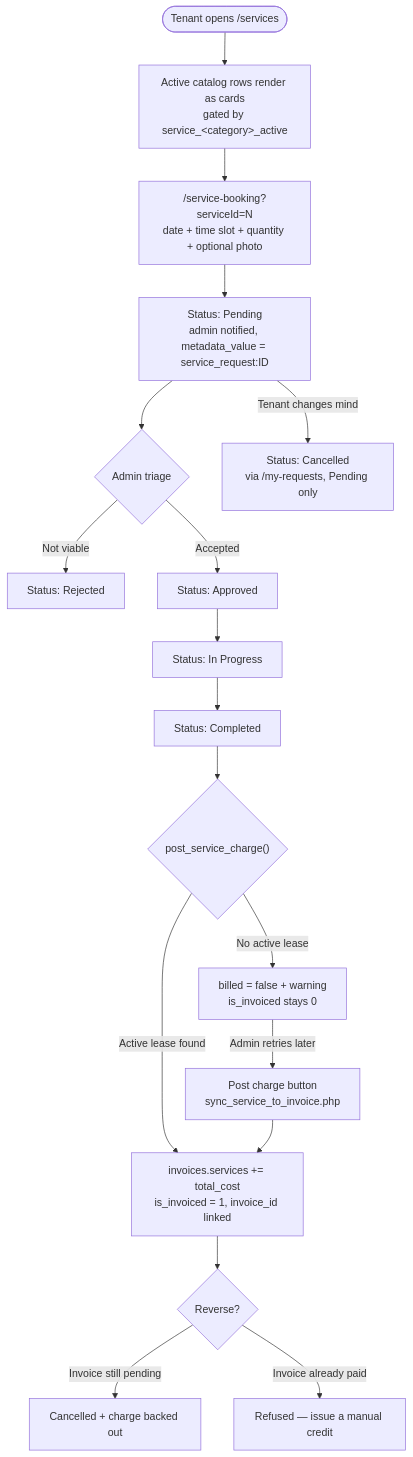
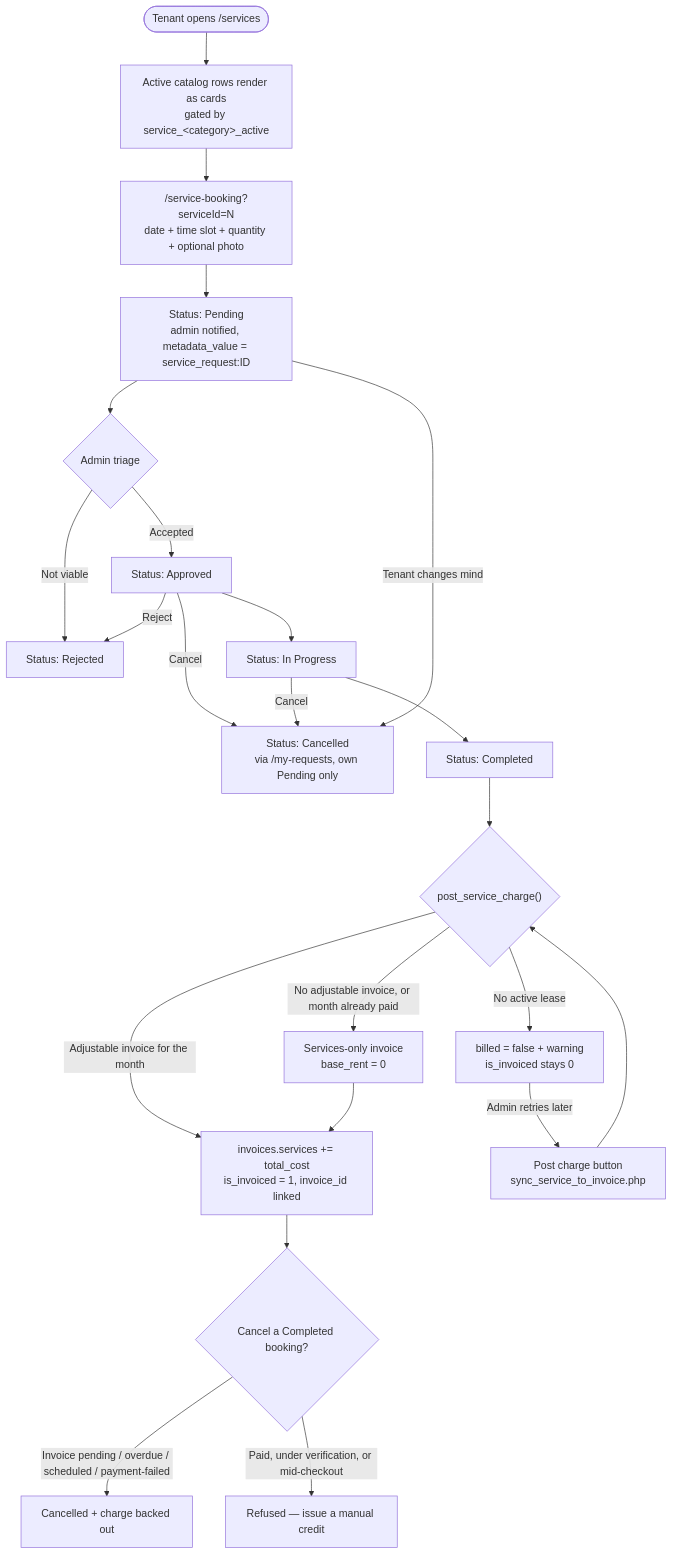
Before and after one commit to Keonbe/ApartmentManagementSystem_React: the diagram in docs/features/service_management_design.md, drawn with Mermaid. The commit also changed other lines of this file and 33 other files, not shown here.

````diff
--- a/docs/features/service_management_design.md
+++ b/docs/features/service_management_design.md
@@ -48,20 +48,25 @@
 ```mermaid
 flowchart TD
     A(["Tenant opens /services"]) --> B["Active catalog rows render as cards<br/>gated by service_&lt;category&gt;_active"]
     B --> C["/service-booking?serviceId=N<br/>date + time slot + quantity + optional photo"]
     C --> D["Status: Pending<br/>admin notified, metadata_value = service_request:ID"]
     D --> E{"Admin triage"}
     E -->|Not viable| F["Status: Rejected"]
     E -->|Accepted| G["Status: Approved"]
-    D -->|Tenant changes mind| H["Status: Cancelled<br/>via /my-requests, Pending only"]
+    D -->|Tenant changes mind| H["Status: Cancelled<br/>via /my-requests, own Pending only"]
+    G -->|Reject| F
+    G -->|Cancel| H
     G --> I["Status: In Progress"]
+    I -->|Cancel| H
     I --> J["Status: Completed"]
     J --> K{"post_service_charge()"}
-    K -->|Active lease found| L["invoices.services += total_cost<br/>is_invoiced = 1, invoice_id linked"]
+    K -->|Adjustable invoice for the month| L["invoices.services += total_cost<br/>is_invoiced = 1, invoice_id linked"]
+    K -->|No adjustable invoice, or month already paid| S["Services-only invoice<br/>base_rent = 0"]
+    S --> L
     K -->|No active lease| M["billed = false + warning<br/>is_invoiced stays 0"]
     M -->|Admin retries later| N["Post charge button<br/>sync_service_to_invoice.php"]
-    N --> L
-    L --> O{"Reverse?"}
-    O -->|Invoice still pending| P["Cancelled + charge backed out"]
-    O -->|Invoice already paid| Q["Refused — issue a manual credit"]
+    N --> K
+    L --> O{"Cancel a Completed booking?"}
+    O -->|Invoice pending / overdue / scheduled / payment-failed| P["Cancelled + charge backed out"]
+    O -->|Paid, under verification, or mid-checkout| Q["Refused — issue a manual credit"]
 ```
````
